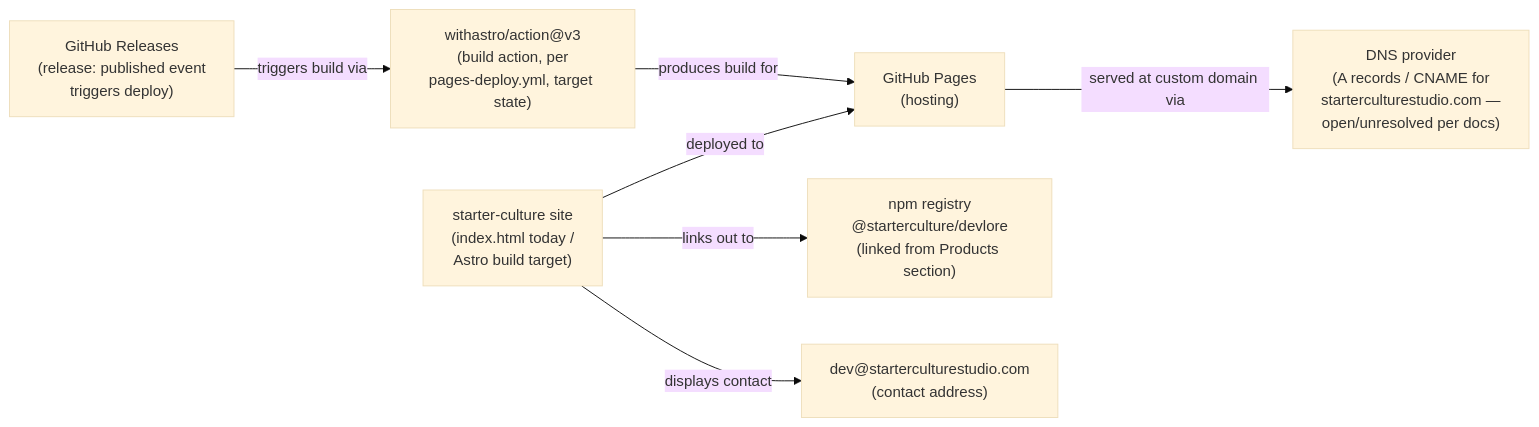
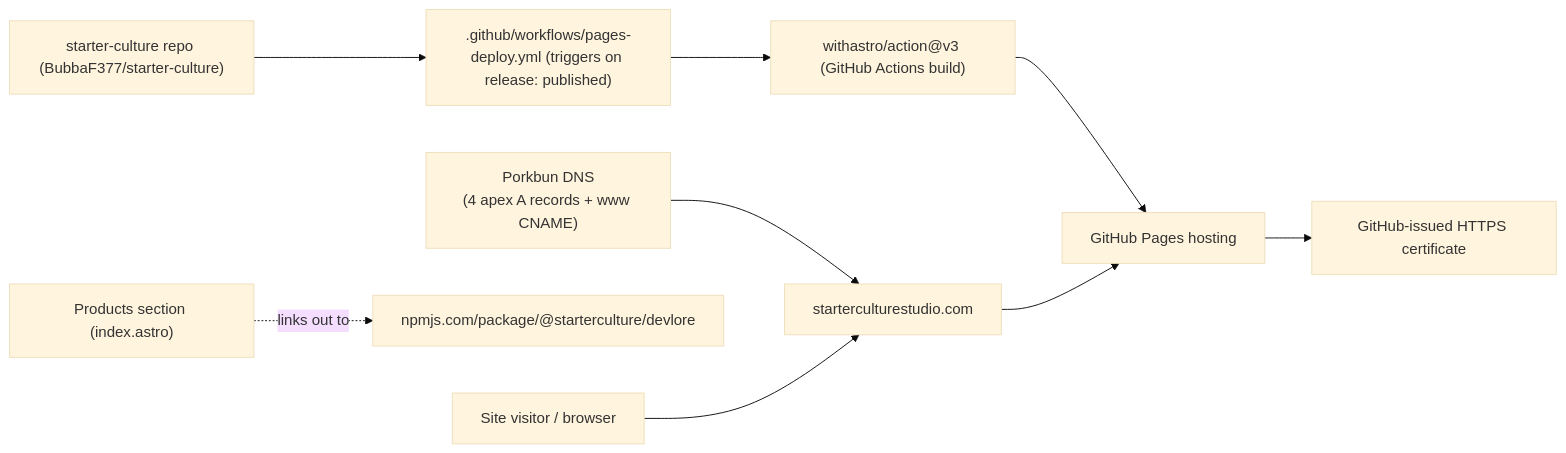
Before and after one commit to BubbaF377/starter-culture: the second of 3 diagrams in docs/VISUALIZER.md, drawn with Mermaid (base theme). The commit also changed other lines of this file, not shown here.

Commit message:
Update visualizer (requirements changed): starter-culture

````diff
--- a/docs/VISUALIZER.md
+++ b/docs/VISUALIZER.md
@@ -38,18 +51,19 @@
 ```mermaid
-flowchart LR
-    site["starter-culture site<br/>(index.html today /<br/>Astro build target)"]
+graph LR
+    Repo["starter-culture repo (BubbaF377/starter-culture)"]
+    Action["withastro/action@v3 (GitHub Actions build)"]
+    Workflow[".github/workflows/pages-deploy.yml (triggers on release: published)"]
+    Pages["GitHub Pages hosting"]
+    DNS["Porkbun DNS\n(4 apex A records + www CNAME)"]
+    Domain["starterculturestudio.com"]
+    Cert["GitHub-issued HTTPS certificate"]
+    NPM["npmjs.com/package/@starterculture/devlore"]
+    User["Site visitor / browser"]
 
-    ghpages["GitHub Pages<br/>(hosting)"]
-    ghaction["withastro/action@v3<br/>(build action, per<br/>pages-deploy.yml, target state)"]
-    ghrelease["GitHub Releases<br/>(release: published event<br/>triggers deploy)"]
-    dns["DNS provider<br/>(A records / CNAME for<br/>starterculturestudio.com —<br/>open/unresolved per docs)"]
-    npm["npm registry<br/>@starterculture/devlore<br/>(linked from Products section)"]
-    email["dev@starterculturestudio.com<br/>(contact address)"]
-
-    site -->|deployed to| ghpages
-    ghrelease -->|triggers build via| ghaction
-    ghaction -->|produces build for| ghpages
-    ghpages -->|served at custom domain via| dns
-    site -->|links out to| npm
-    site -->|displays contact| email
+    Repo --> Workflow --> Action --> Pages
+    Pages --> Cert
+    DNS --> Domain
+    Domain --> Pages
+    User --> Domain
+    Index2["Products section (index.astro)"] -. links out to .-> NPM
 ```
````
